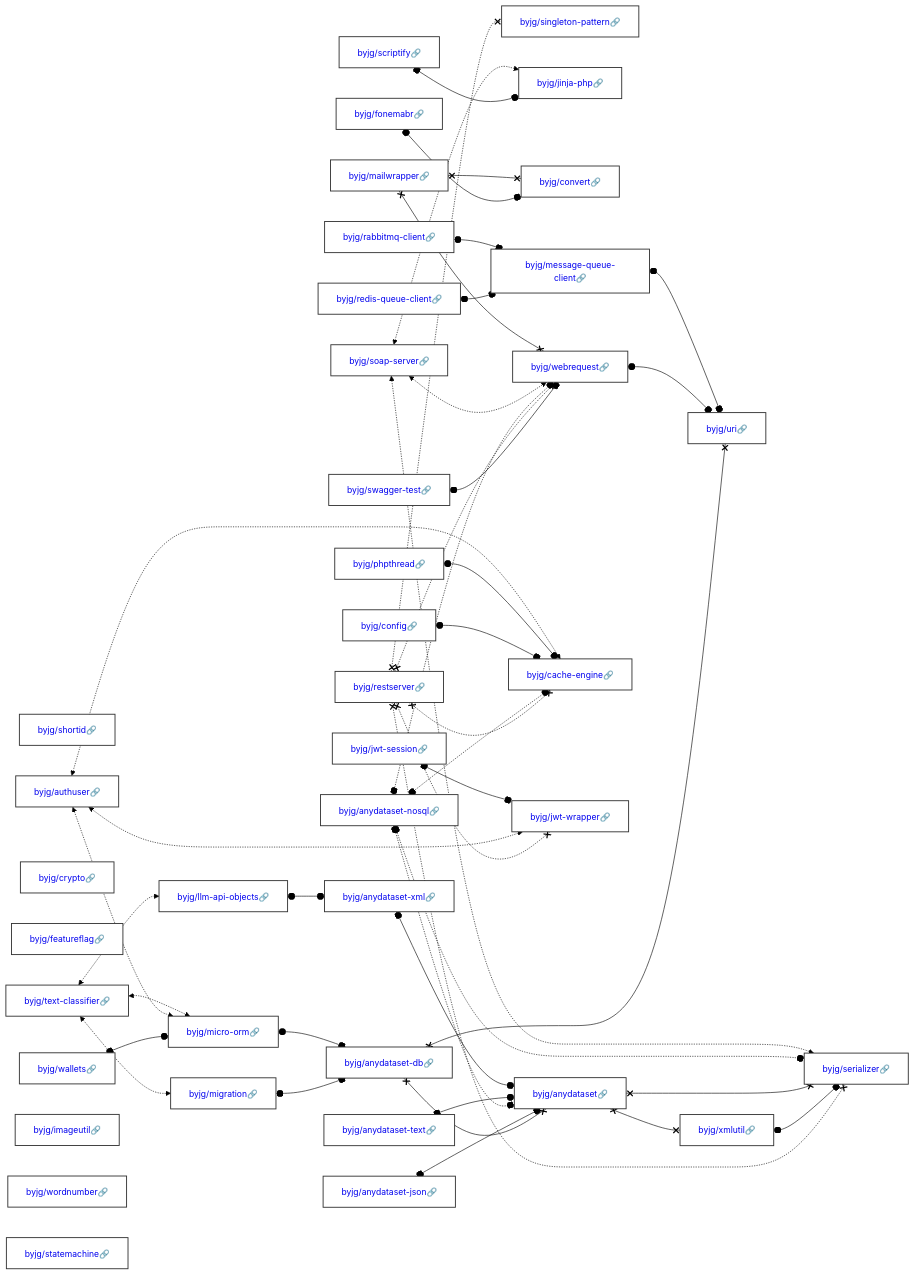
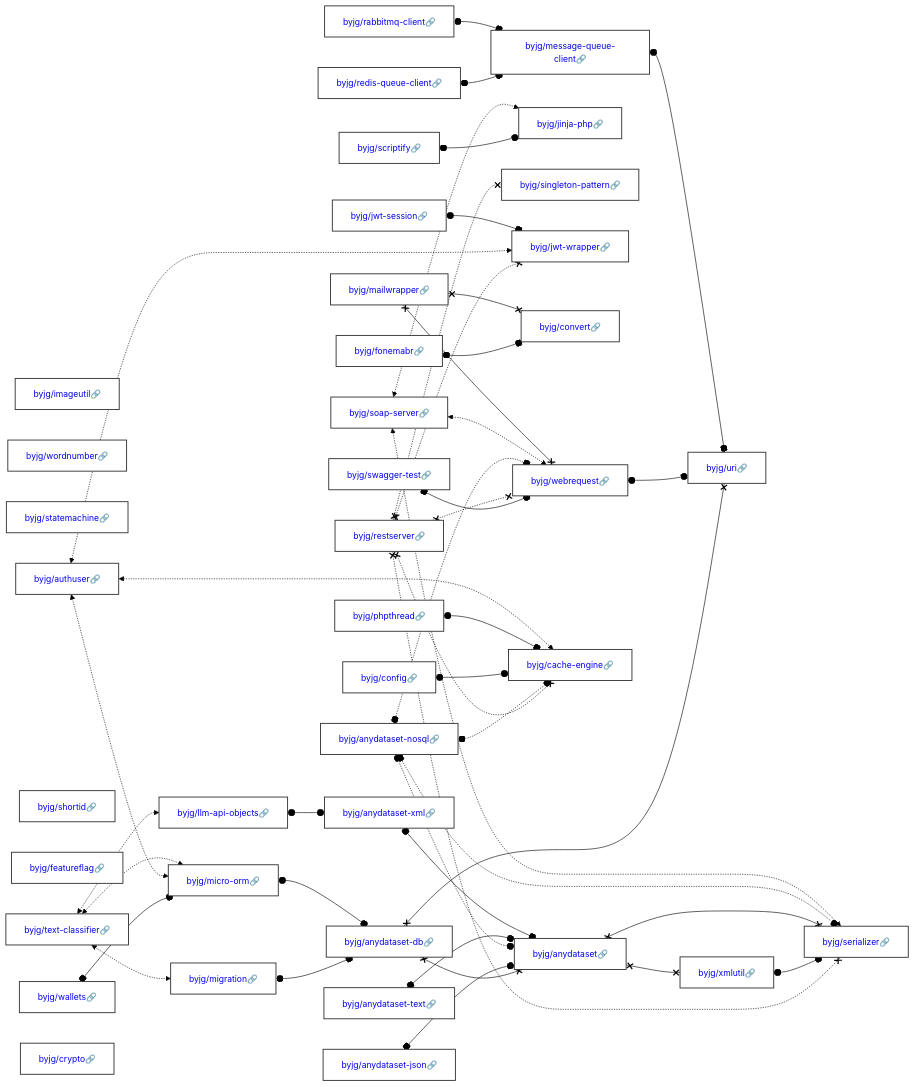
The diagram in docs/php/README.md (byjg/byjg.github.io), drawn with Mermaid (forest theme) before and after one commit. The commit also changed other lines of this file, not shown here.

Commit message:
Update documentation 'php' 'php-gluo-core'

````diff
--- a/docs/php/README.md
+++ b/docs/php/README.md
@@ -3,38 +3,38 @@
 ```mermaid
 graph LR;
+  byjg/imageutil[<a href='https://opensource.byjg.com/docs/php/imageutil' style='text-decoration:none'>byjg/imageutil🔗</a>];
+  byjg/redis-queue-client[<a href='https://opensource.byjg.com/docs/php/redis-queue-client' style='text-decoration:none'>byjg/redis-queue-client🔗</a>];
+  byjg/jwt-session[<a href='https://opensource.byjg.com/docs/php/jwt-session' style='text-decoration:none'>byjg/jwt-session🔗</a>];
+  byjg/scriptify[<a href='https://opensource.byjg.com/docs/php/scriptify' style='text-decoration:none'>byjg/scriptify🔗</a>];
+  byjg/wordnumber[<a href='https://opensource.byjg.com/docs/php/wordnumber' style='text-decoration:none'>byjg/wordnumber🔗</a>];
+  byjg/rabbitmq-client[<a href='https://opensource.byjg.com/docs/php/rabbitmq-client' style='text-decoration:none'>byjg/rabbitmq-client🔗</a>];
+  byjg/phpthread[<a href='https://opensource.byjg.com/docs/php/phpthread' style='text-decoration:none'>byjg/phpthread🔗</a>];
+  byjg/statemachine[<a href='https://opensource.byjg.com/docs/php/statemachine' style='text-decoration:none'>byjg/statemachine🔗</a>];
+  byjg/anydataset-json[<a href='https://opensource.byjg.com/docs/php/anydataset-json' style='text-decoration:none'>byjg/anydataset-json🔗</a>];
+  byjg/authuser[<a href='https://opensource.byjg.com/docs/php/authuser' style='text-decoration:none'>byjg/authuser🔗</a>];
   byjg/shortid[<a href='https://opensource.byjg.com/docs/php/shortid' style='text-decoration:none'>byjg/shortid🔗</a>];
   byjg/anydataset-text[<a href='https://opensource.byjg.com/docs/php/anydataset-text' style='text-decoration:none'>byjg/anydataset-text🔗</a>];
-  byjg/rabbitmq-client[<a href='https://opensource.byjg.com/docs/php/rabbitmq-client' style='text-decoration:none'>byjg/rabbitmq-client🔗</a>];
-  byjg/restserver[<a href='https://opensource.byjg.com/docs/php/restserver' style='text-decoration:none'>byjg/restserver🔗</a>];
-  byjg/wallets[<a href='https://opensource.byjg.com/docs/php/wallets' style='text-decoration:none'>byjg/wallets🔗</a>];
-  byjg/crypto[<a href='https://opensource.byjg.com/docs/php/crypto' style='text-decoration:none'>byjg/crypto🔗</a>];
   byjg/featureflag[<a href='https://opensource.byjg.com/docs/php/featureflag' style='text-decoration:none'>byjg/featureflag🔗</a>];
   byjg/swagger-test[<a href='https://opensource.byjg.com/docs/php/swagger-test' style='text-decoration:none'>byjg/swagger-test🔗</a>];
-  byjg/authuser[<a href='https://opensource.byjg.com/docs/php/authuser' style='text-decoration:none'>byjg/authuser🔗</a>];
-  byjg/text-classifier[<a href='https://opensource.byjg.com/docs/php/text-classifier' style='text-decoration:none'>byjg/text-classifier🔗</a>];
-  byjg/scriptify[<a href='https://opensource.byjg.com/docs/php/scriptify' style='text-decoration:none'>byjg/scriptify🔗</a>];
-  byjg/imageutil[<a href='https://opensource.byjg.com/docs/php/imageutil' style='text-decoration:none'>byjg/imageutil🔗</a>];
-  byjg/wordnumber[<a href='https://opensource.byjg.com/docs/php/wordnumber' style='text-decoration:none'>byjg/wordnumber🔗</a>];
+  byjg/soap-server[<a href='https://opensource.byjg.com/docs/php/soap-server' style='text-decoration:none'>byjg/soap-server🔗</a>];
+  byjg/wallets[<a href='https://opensource.byjg.com/docs/php/wallets' style='text-decoration:none'>byjg/wallets🔗</a>];
+  byjg/restserver[<a href='https://opensource.byjg.com/docs/php/restserver' style='text-decoration:none'>byjg/restserver🔗</a>];
+  byjg/fonemabr[<a href='https://opensource.byjg.com/docs/php/fonemabr' style='text-decoration:none'>byjg/fonemabr🔗</a>];
   byjg/anydataset-nosql[<a href='https://opensource.byjg.com/docs/php/anydataset-nosql' style='text-decoration:none'>byjg/anydataset-nosql🔗</a>];
-  byjg/fonemabr[<a href='https://opensource.byjg.com/docs/php/fonemabr' style='text-decoration:none'>byjg/fonemabr🔗</a>];
-  byjg/soap-server[<a href='https://opensource.byjg.com/docs/php/soap-server' style='text-decoration:none'>byjg/soap-server🔗</a>];
   byjg/mailwrapper[<a href='https://opensource.byjg.com/docs/php/mailwrapper' style='text-decoration:none'>byjg/mailwrapper🔗</a>];
   byjg/config[<a href='https://opensource.byjg.com/docs/php/config' style='text-decoration:none'>byjg/config🔗</a>];
-  byjg/redis-queue-client[<a href='https://opensource.byjg.com/docs/php/redis-queue-client' style='text-decoration:none'>byjg/redis-queue-client🔗</a>];
-  byjg/phpthread[<a href='https://opensource.byjg.com/docs/php/phpthread' style='text-decoration:none'>byjg/phpthread🔗</a>];
-  byjg/statemachine[<a href='https://opensource.byjg.com/docs/php/statemachine' style='text-decoration:none'>byjg/statemachine🔗</a>];
-  byjg/jwt-session[<a href='https://opensource.byjg.com/docs/php/jwt-session' style='text-decoration:none'>byjg/jwt-session🔗</a>];
-  byjg/anydataset-json[<a href='https://opensource.byjg.com/docs/php/anydataset-json' style='text-decoration:none'>byjg/anydataset-json🔗</a>];
+  byjg/text-classifier[<a href='https://opensource.byjg.com/docs/php/text-classifier' style='text-decoration:none'>byjg/text-classifier🔗</a>];
+  byjg/crypto[<a href='https://opensource.byjg.com/docs/php/crypto' style='text-decoration:none'>byjg/crypto🔗</a>];
+  byjg/message-queue-client[<a href='https://opensource.byjg.com/docs/php/message-queue-client' style='text-decoration:none'>byjg/message-queue-client🔗</a>];
+  byjg/jinja-php[<a href='https://opensource.byjg.com/docs/php/jinja-php' style='text-decoration:none'>byjg/jinja-php🔗</a>];
   byjg/singleton-pattern[<a href='https://opensource.byjg.com/docs/php/singleton-pattern' style='text-decoration:none'>byjg/singleton-pattern🔗</a>];
+  byjg/jwt-wrapper[<a href='https://opensource.byjg.com/docs/php/jwt-wrapper' style='text-decoration:none'>byjg/jwt-wrapper🔗</a>];
+  byjg/convert[<a href='https://opensource.byjg.com/docs/php/convert' style='text-decoration:none'>byjg/convert🔗</a>];
+  byjg/webrequest[<a href='https://opensource.byjg.com/docs/php/webrequest' style='text-decoration:none'>byjg/webrequest🔗</a>];
+  byjg/cache-engine[<a href='https://opensource.byjg.com/docs/php/cache-engine' style='text-decoration:none'>byjg/cache-engine🔗</a>];
   byjg/micro-orm[<a href='https://opensource.byjg.com/docs/php/micro-orm' style='text-decoration:none'>byjg/micro-orm🔗</a>];
   byjg/migration[<a href='https://opensource.byjg.com/docs/php/migration' style='text-decoration:none'>byjg/migration🔗</a>];
   byjg/llm-api-objects[<a href='https://opensource.byjg.com/docs/php/llm-api-objects' style='text-decoration:none'>byjg/llm-api-objects🔗</a>];
-  byjg/jinja-php[<a href='https://opensource.byjg.com/docs/php/jinja-php' style='text-decoration:none'>byjg/jinja-php🔗</a>];
-  byjg/convert[<a href='https://opensource.byjg.com/docs/php/convert' style='text-decoration:none'>byjg/convert🔗</a>];
-  byjg/webrequest[<a href='https://opensource.byjg.com/docs/php/webrequest' style='text-decoration:none'>byjg/webrequest🔗</a>];
-  byjg/message-queue-client[<a href='https://opensource.byjg.com/docs/php/message-queue-client' style='text-decoration:none'>byjg/message-queue-client🔗</a>];
-  byjg/cache-engine[<a href='https://opensource.byjg.com/docs/php/cache-engine' style='text-decoration:none'>byjg/cache-engine🔗</a>];
-  byjg/jwt-wrapper[<a href='https://opensource.byjg.com/docs/php/jwt-wrapper' style='text-decoration:none'>byjg/jwt-wrapper🔗</a>];
   byjg/anydataset-db[<a href='https://opensource.byjg.com/docs/php/anydataset-db' style='text-decoration:none'>byjg/anydataset-db🔗</a>];
   byjg/anydataset-xml[<a href='https://opensource.byjg.com/docs/php/anydataset-xml' style='text-decoration:none'>byjg/anydataset-xml🔗</a>];
   byjg/uri[<a href='https://opensource.byjg.com/docs/php/uri' style='text-decoration:none'>byjg/uri🔗</a>];
````
